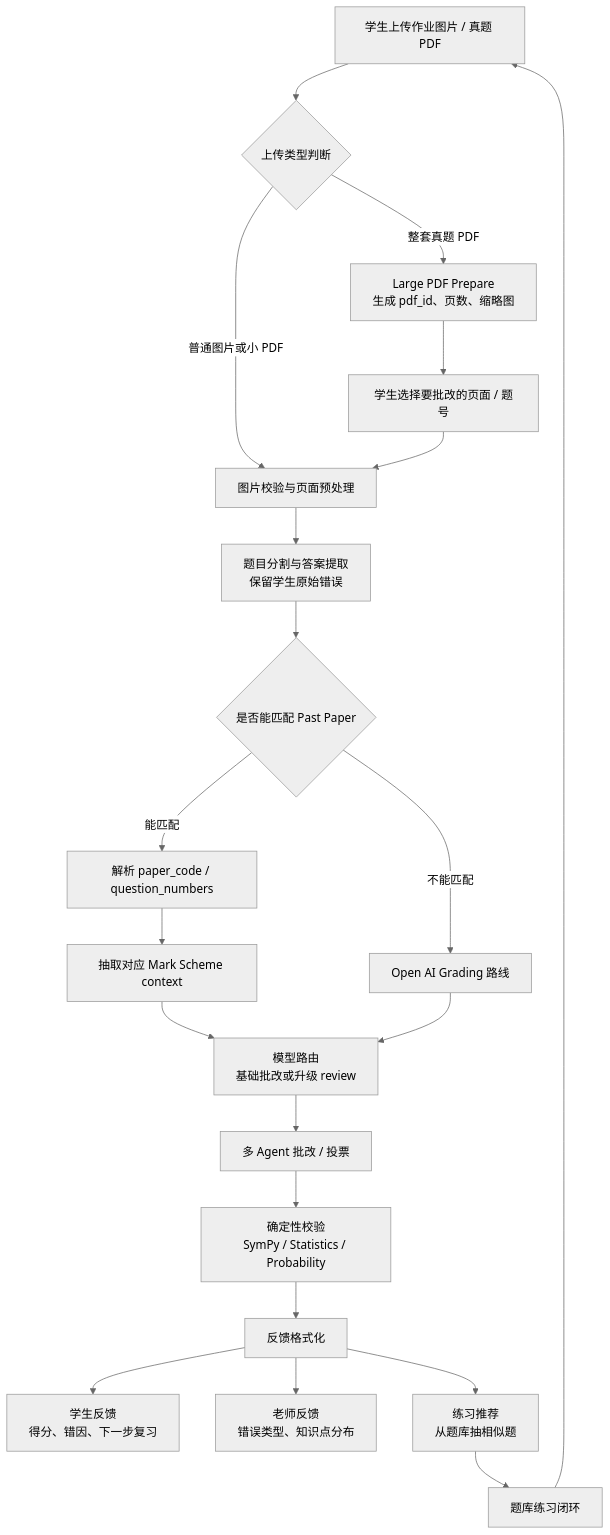
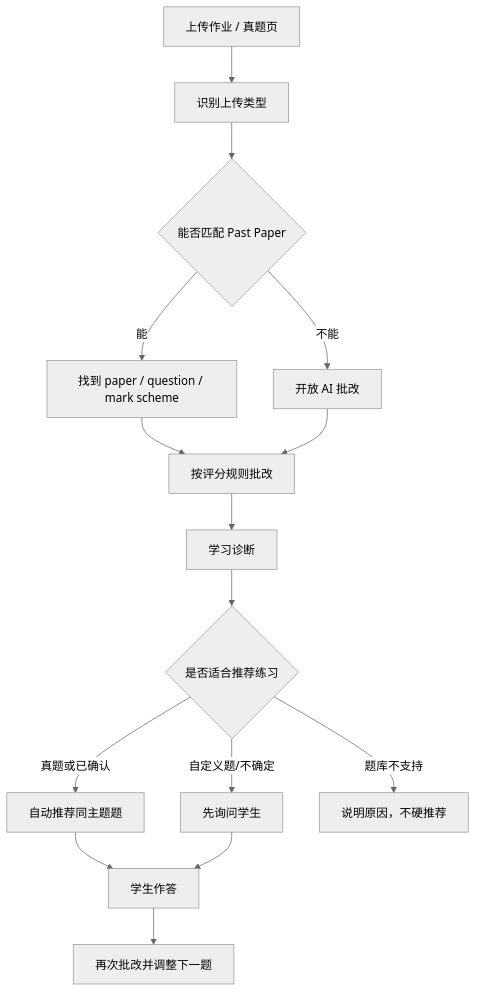
One commit to berylinureye/alevel-assistant changed the diagram in README.md. Above: the diagram before and after it, drawn with Mermaid (neutral theme). The commit also changed other lines of this file and 4 other files, not shown here.

````diff
--- a/README.md
+++ b/README.md
@@ -27,30 +23,17 @@
 ```mermaid
 flowchart TD
-    A["学生上传作业图片 / 真题 PDF"] --> B{"上传类型判断"}
-
-    B -->|"普通图片或小 PDF"| C["图片校验与页面预处理"]
-    B -->|"整套真题 PDF"| D["Large PDF Prepare<br/>生成 pdf_id、页数、缩略图"]
-    D --> E["学生选择要批改的页面 / 题号"]
-    E --> C
-
-    C --> F["题目分割与答案提取<br/>保留学生原始错误"]
-    F --> G{"是否能匹配 Past Paper"}
-
-    G -->|"能匹配"| H["解析 paper_code / question_numbers"]
-    H --> I["抽取对应 Mark Scheme context"]
-    G -->|"不能匹配"| J["Open AI Grading 路线"]
-
-    I --> K["模型路由<br/>基础批改或升级 review"]
-    J --> K
-
-    K --> L["多 Agent 批改 / 投票"]
-    L --> M["确定性校验<br/>SymPy / Statistics / Probability"]
-    M --> N["反馈格式化"]
-
-    N --> O["学生反馈<br/>得分、错因、下一步复习"]
-    N --> P["老师反馈<br/>错误类型、知识点分布"]
-    N --> Q["练习推荐<br/>从题库抽相似题"]
-
-    Q --> R["题库练习闭环"]
-    R --> A
+    A["上传作业 / 真题页"] --> B["识别上传类型"]
+    B --> C{"能否匹配 Past Paper"}
+    C -->|"能"| D["找到 paper / question / mark scheme"]
+    C -->|"不能"| E["开放 AI 批改"]
+    D --> F["按评分规则批改"]
+    E --> F
+    F --> G["学习诊断"]
+    G --> H{"是否适合推荐练习"}
+    H -->|"真题或已确认"| I["自动推荐同主题题"]
+    H -->|"自定义题/不确定"| J["先询问学生"]
+    H -->|"题库不支持"| K["说明原因，不硬推荐"]
+    I --> L["学生作答"]
+    J --> L
+    L --> M["再次批改并调整下一题"]
 ```
````
